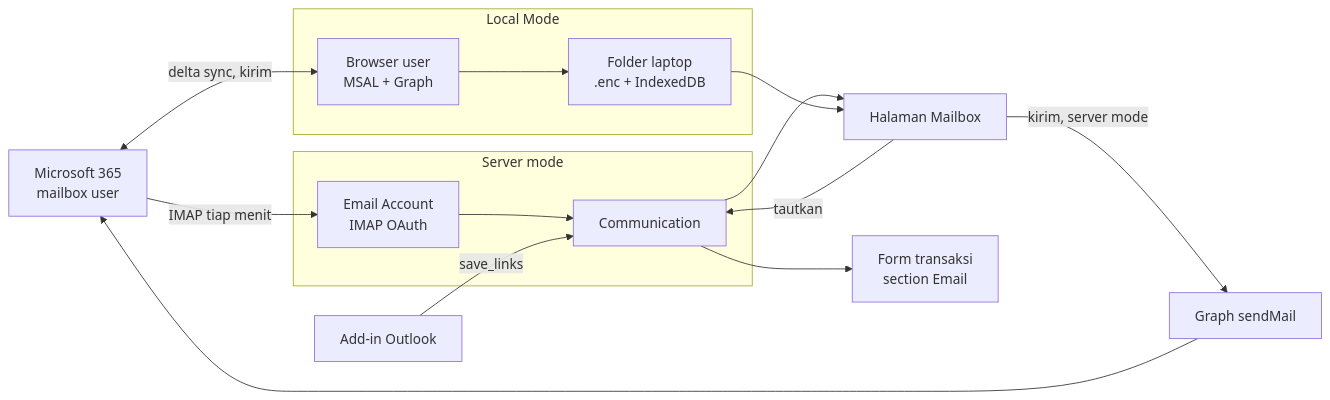
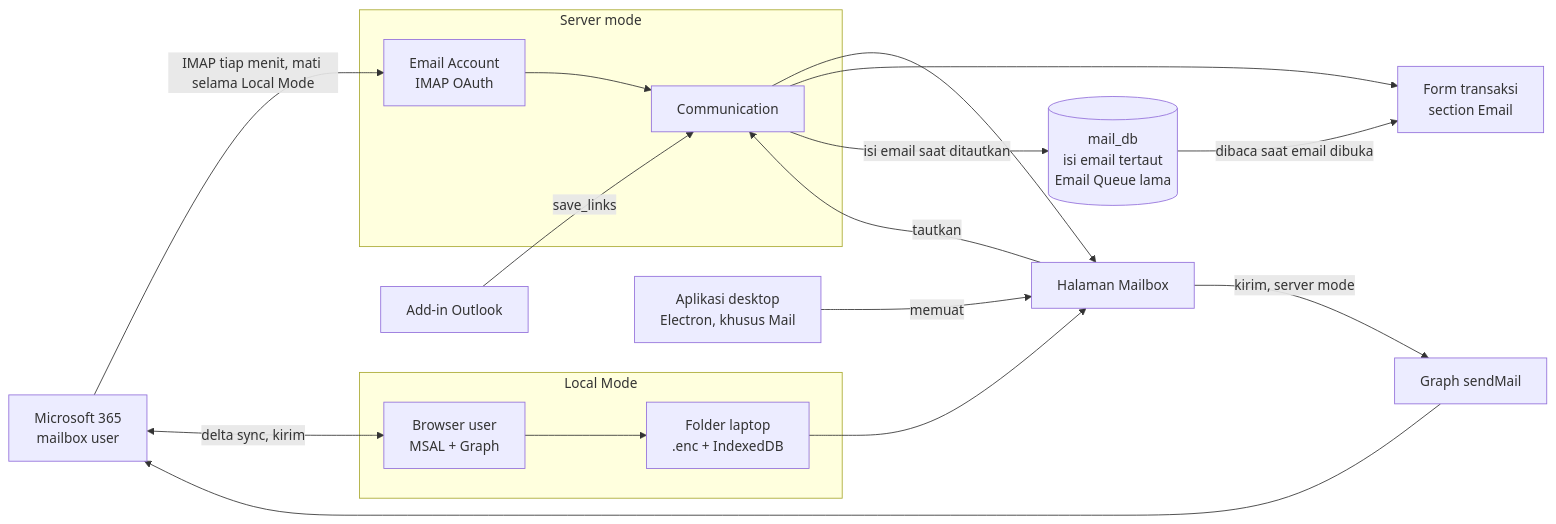
Before and after one commit to cakra-erpnext-apps/erp_cakra: the diagram in erpnext_custom/MAILBOX_REFERENCE.md, drawn with Mermaid. The commit also changed other lines of this file and 42 other files, not shown here.

````diff
--- a/erpnext_custom/MAILBOX_REFERENCE.md
+++ b/erpnext_custom/MAILBOX_REFERENCE.md
@@ -68,24 +70,29 @@
 ```mermaid
 flowchart LR
   M365[Microsoft 365<br/>mailbox user]
   subgraph Server mode
     EA[Email Account<br/>IMAP OAuth]
     COM[Communication]
   end
   subgraph Local Mode
     BR[Browser user<br/>MSAL + Graph]
     LAP[Folder laptop<br/>.enc + IndexedDB]
   end
   PAGE[Halaman Mailbox]
   GRAPH[Graph sendMail]
   TRX[Form transaksi<br/>section Email]
   ADDIN[Add-in Outlook]
-  M365 -->|IMAP tiap menit| EA --> COM --> PAGE
+  MAILDB[(mail_db<br/>isi email tertaut<br/>Email Queue lama)]
+  APP[Aplikasi desktop<br/>Electron, khusus Mail]
+  M365 -->|IMAP tiap menit, mati selama Local Mode| EA --> COM --> PAGE
   PAGE -->|kirim, server mode| GRAPH --> M365
   M365 <-->|delta sync, kirim| BR
   BR --> LAP
   LAP --> PAGE
   PAGE -->|tautkan| COM
   ADDIN -->|save_links| COM
   COM --> TRX
+  COM -->|isi email saat ditautkan| MAILDB
+  MAILDB -->|dibaca saat email dibuka| TRX
+  APP -->|memuat| PAGE
 ```
````
